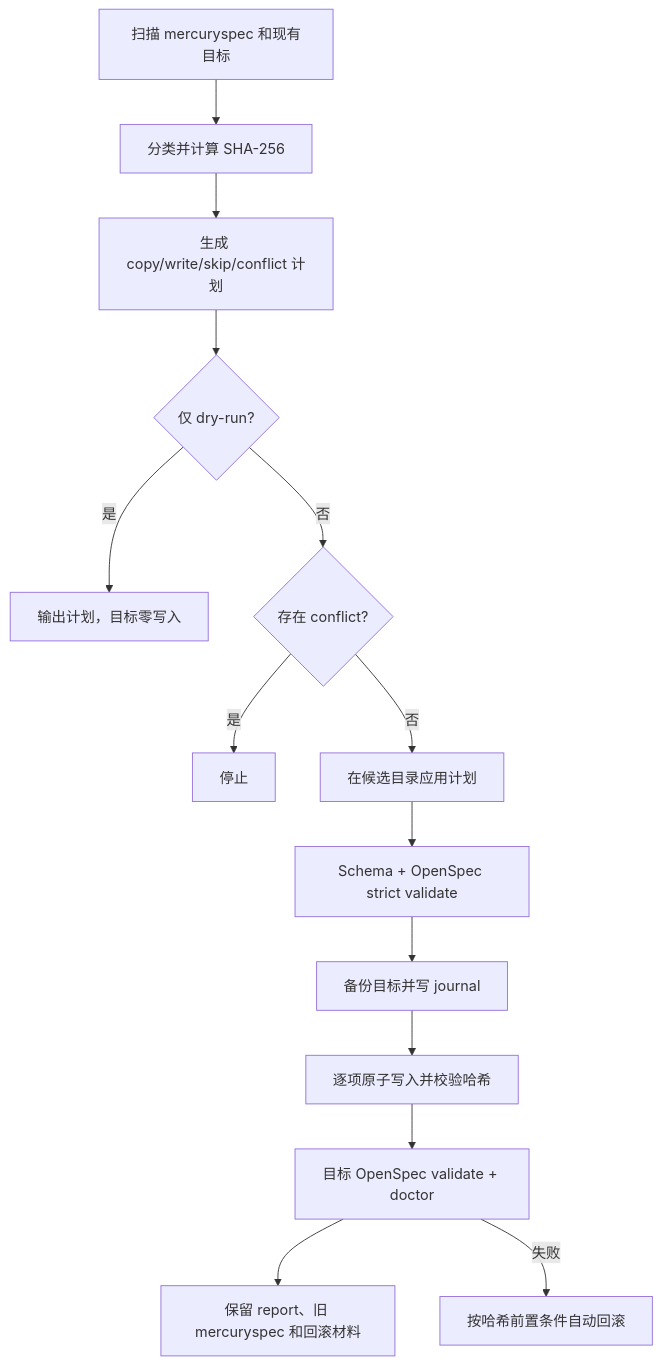
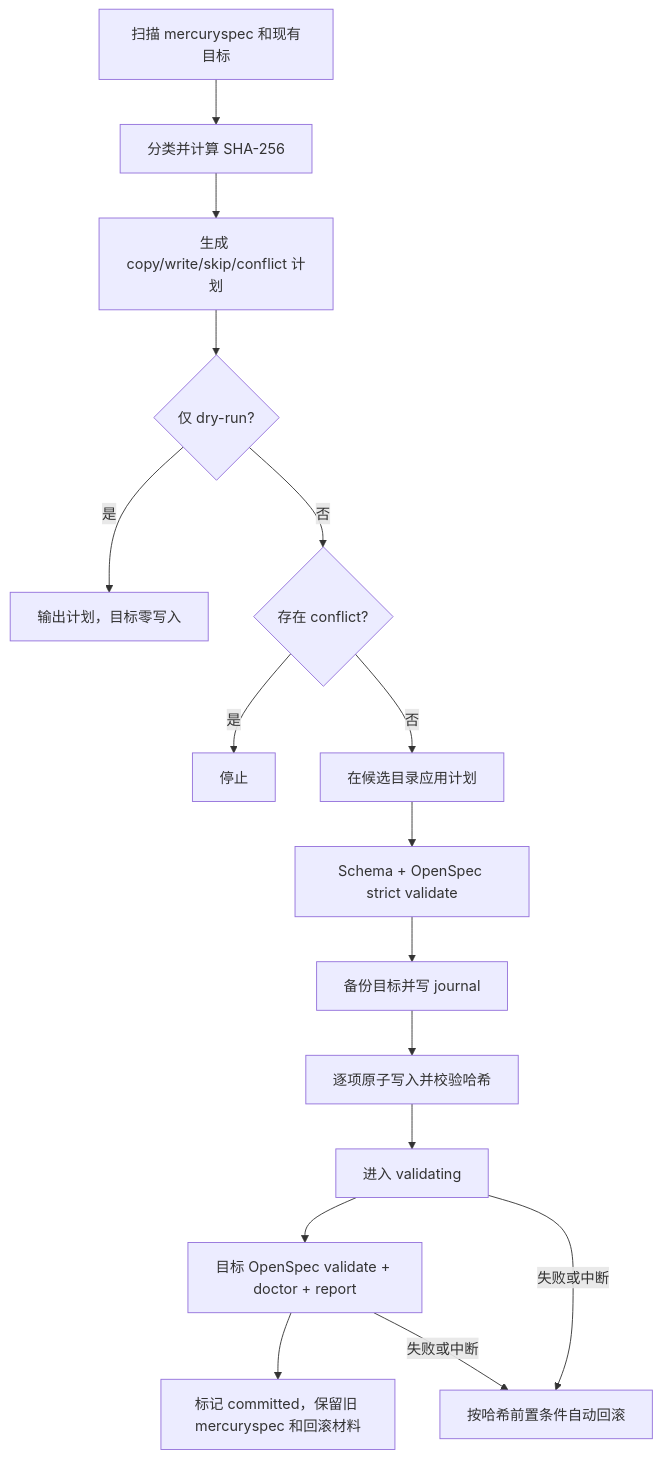
Before and after one commit to Qzhanghuangyu/openspec_expend: the second of 2 diagrams in docs/FALLA-OPENSPEC-WORKFLOW-REVIEW.md, drawn with Mermaid. The commit also changed other lines of this file and 28 other files, not shown here.

````diff
--- a/docs/FALLA-OPENSPEC-WORKFLOW-REVIEW.md
+++ b/docs/FALLA-OPENSPEC-WORKFLOW-REVIEW.md
@@ -232,16 +236,18 @@
 ```mermaid
 flowchart TD
     A[扫描 mercuryspec 和现有目标] --> B[分类并计算 SHA-256]
     B --> C[生成 copy/write/skip/conflict 计划]
     C --> D{仅 dry-run?}
     D -- 是 --> E[输出计划，目标零写入]
     D -- 否 --> F{存在 conflict?}
     F -- 是 --> G[停止]
     F -- 否 --> H[在候选目录应用计划]
     H --> I[Schema + OpenSpec strict validate]
     I --> J[备份目标并写 journal]
     J --> K[逐项原子写入并校验哈希]
-    K --> L[目标 OpenSpec validate + doctor]
-    L --> M[保留 report、旧 mercuryspec 和回滚材料]
-    L -- 失败 --> N[按哈希前置条件自动回滚]
+    K --> L[进入 validating]
+    L --> M[目标 OpenSpec validate + doctor + report]
+    M --> N[标记 committed，保留旧 mercuryspec 和回滚材料]
+    L -- 失败或中断 --> O[按哈希前置条件自动回滚]
+    M -- 失败或中断 --> O
 ```
````
